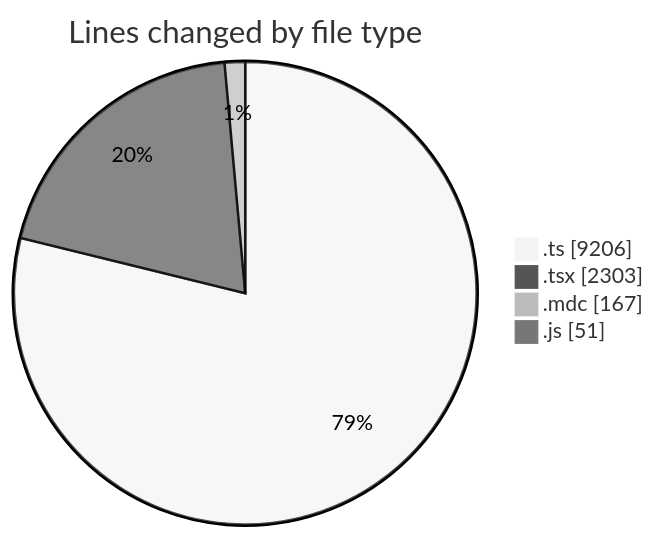
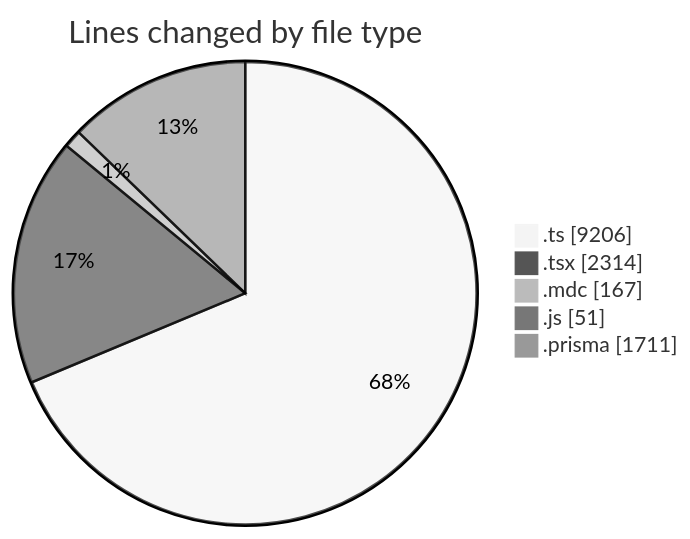
One commit to CELIANVF/code-tracking changed the first of 2 diagrams in 2025-06-06/ecodeli-1/README.md. Above: the diagram before and after it, drawn with Mermaid (neutral theme). The commit also changed other lines of this file and 1 other file, not shown here.

````diff
--- a/2025-06-06/ecodeli-1/README.md
+++ b/2025-06-06/ecodeli-1/README.md
@@ -48,8 +50,9 @@
 ```mermaid
 pie showData
 title Lines changed by file type
 ".ts" : 9206
-".tsx" : 2303
+".tsx" : 2314
 ".mdc" : 167
 ".js" : 51
+".prisma" : 1711
 ```
````
